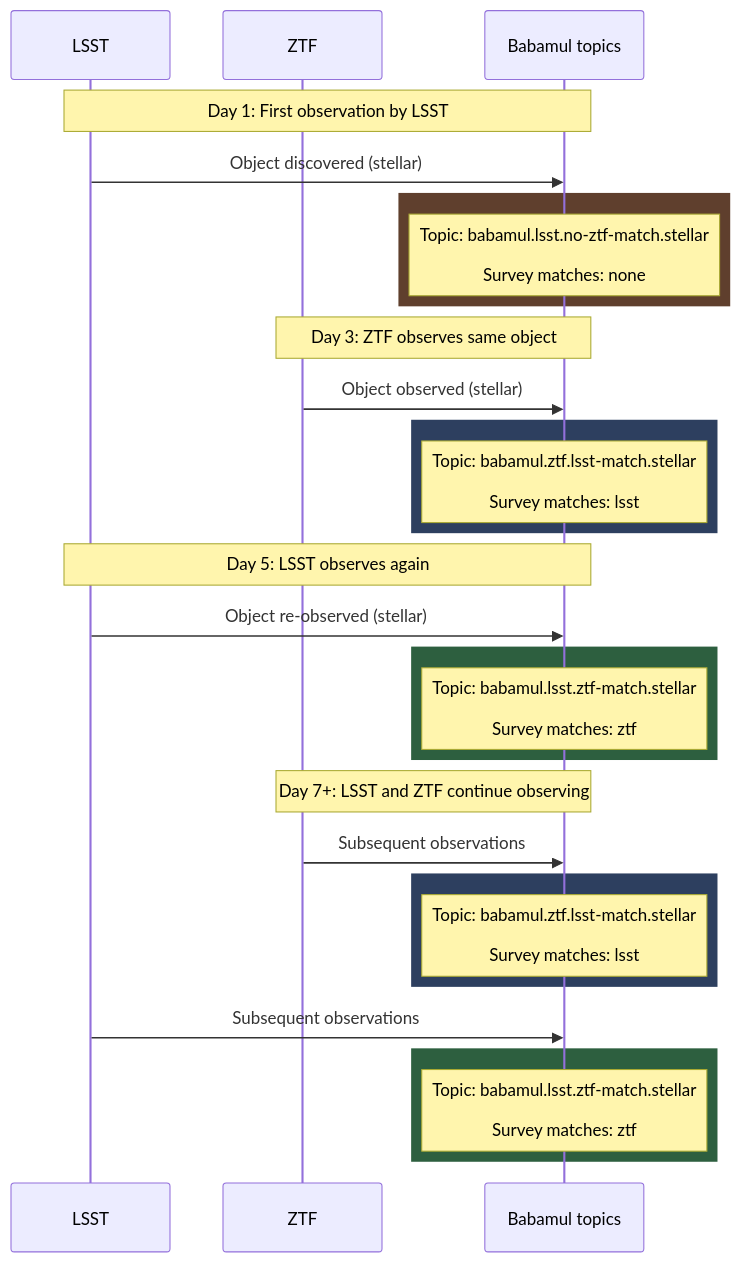
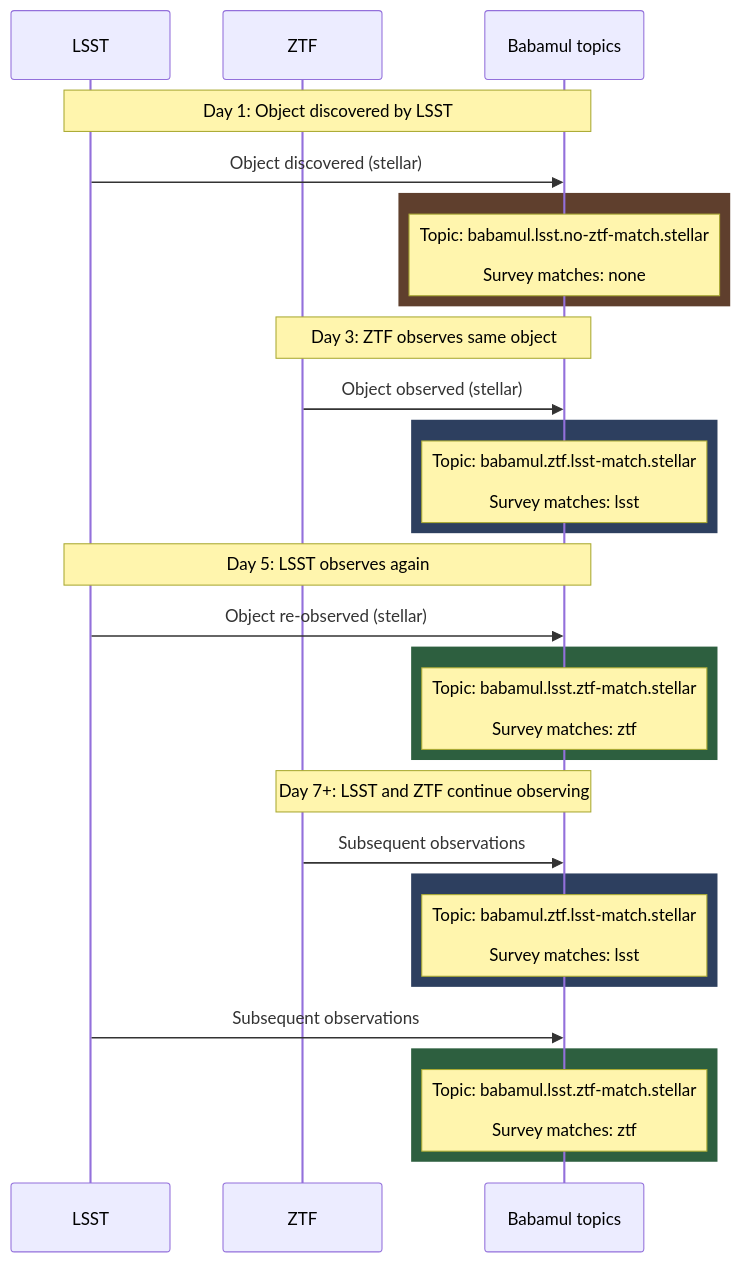
One commit to boom-astro/boom changed the first of 3 diagrams in docs/babamul.md. Above: the diagram before and after it, drawn with Mermaid.

Commit message:
Update wording for discovery

````diff
--- a/docs/babamul.md
+++ b/docs/babamul.md
@@ -91,34 +91,34 @@
 ```mermaid
 sequenceDiagram
     participant LSST as LSST
     participant ZTF as ZTF
     participant Stream as Babamul topics
 
-    Note over LSST,Stream: Day 1: First observation by LSST
+    Note over LSST,Stream: Day 1: Object discovered by LSST
     LSST->>Stream: Object discovered (stellar)
     rect rgb(95, 63, 45)
     Note over Stream: Topic: babamul.lsst.no-ztf-match.stellar<br/><br/>Survey matches: none
     end
 
     Note over ZTF,Stream: Day 3: ZTF observes same object
     ZTF->>Stream: Object observed (stellar)
     rect rgb(45, 63, 95)
     Note over Stream: Topic: babamul.ztf.lsst-match.stellar<br/><br/>Survey matches: lsst
     end
 
     Note over LSST,Stream: Day 5: LSST observes again
     LSST->>Stream: Object re-observed (stellar)
     rect rgb(45, 95, 63)
     Note over Stream: Topic: babamul.lsst.ztf-match.stellar<br/><br/>Survey matches: ztf
     end
 
     Note over ZTF,Stream: Day 7+: LSST and ZTF continue observing
     ZTF->>Stream: Subsequent observations
     rect rgb(45, 63, 95)
     Note over Stream: Topic: babamul.ztf.lsst-match.stellar<br/><br/>Survey matches: lsst
     end
     LSST->>Stream: Subsequent observations
     rect rgb(45, 95, 63)
     Note over Stream: Topic: babamul.lsst.ztf-match.stellar<br/><br/>Survey matches: ztf
     end
 ```
````
